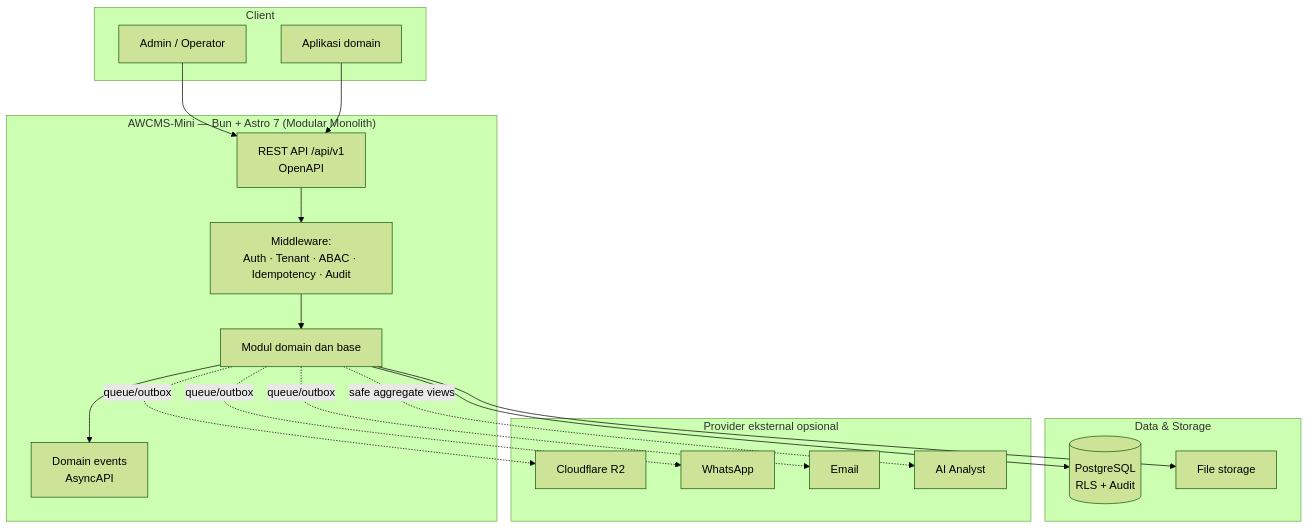
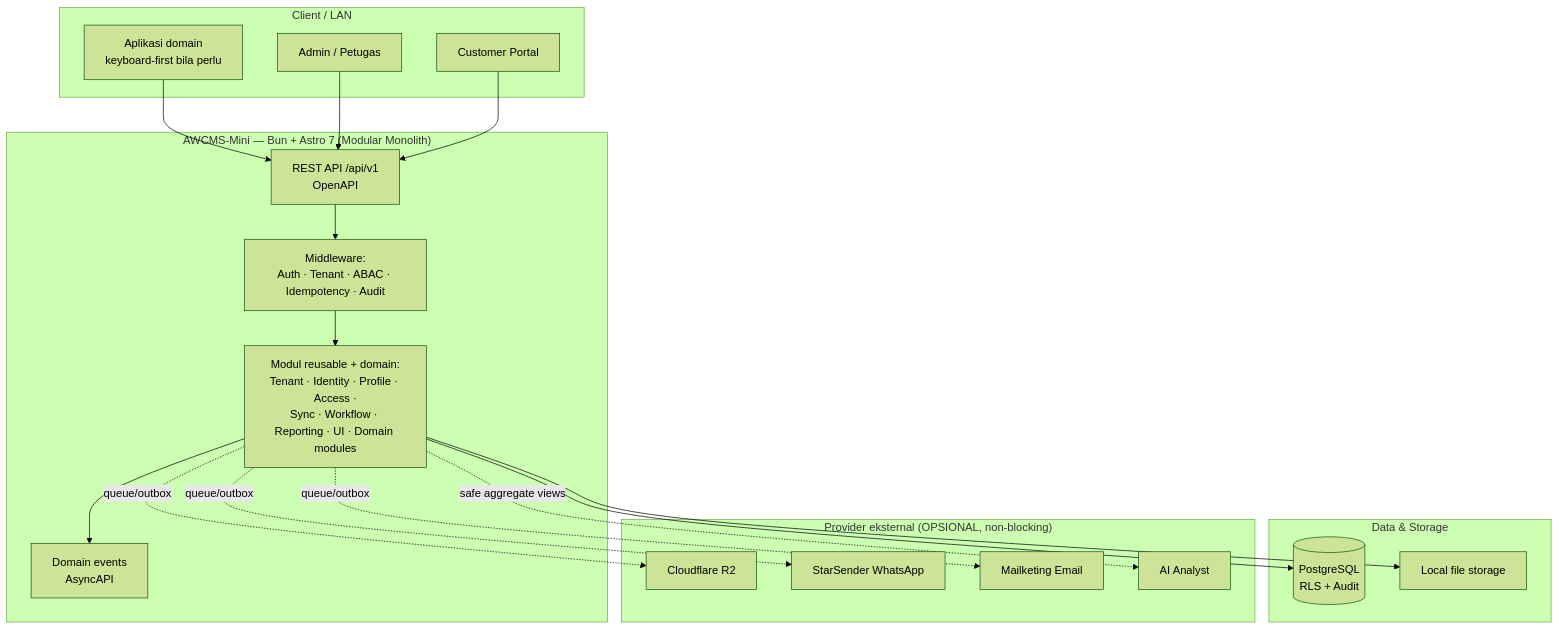
One commit to ahliweb/awcms-mini changed the first of 3 diagrams in README.md. Above: the diagram before and after it, drawn with Mermaid (forest theme). The commit also changed other lines of this file and 51 other files, not shown here.

````diff
--- a/README.md
+++ b/README.md
@@ -9,37 +9,39 @@
 ```mermaid
 flowchart TB
-  subgraph Client["Client"]
-    ADM[Admin / Operator]
-    APP[Aplikasi domain]
+  subgraph Client["Client / LAN"]
+    APP[Aplikasi domain<br/>keyboard-first bila perlu]
+    ADM[Admin / Petugas]
+    CUST[Customer Portal]
   end
 
   subgraph App["AWCMS-Mini — Bun + Astro 7 (Modular Monolith)"]
     API[REST API /api/v1<br/>OpenAPI]
     MW[Middleware:<br/>Auth · Tenant · ABAC · Idempotency · Audit]
-    MOD[Modul domain dan base]
+    MOD[Modul reusable + domain:<br/>Tenant · Identity · Profile · Access ·<br/>Sync · Workflow · Reporting · UI · Domain modules]
     EVT[Domain events<br/>AsyncAPI]
   end
 
   subgraph Data["Data & Storage"]
     PG[(PostgreSQL<br/>RLS + Audit)]
-    FILE[File storage]
+    FILE[Local file storage]
   end
 
-  subgraph Ext["Provider eksternal opsional"]
+  subgraph Ext["Provider eksternal (OPSIONAL, non-blocking)"]
     R2[Cloudflare R2]
-    WA[WhatsApp]
-    MAIL[Email]
+    WA[StarSender WhatsApp]
+    MAIL[Mailketing Email]
     AI[AI Analyst]
   end
 
+  APP --> API
   ADM --> API
-  APP --> API
+  CUST --> API
   API --> MW --> MOD
   MOD --> PG
   MOD --> FILE
   MOD --> EVT
   MOD -. queue/outbox .-> R2
   MOD -. queue/outbox .-> WA
   MOD -. queue/outbox .-> MAIL
   MOD -. safe aggregate views .-> AI
 ```
````
